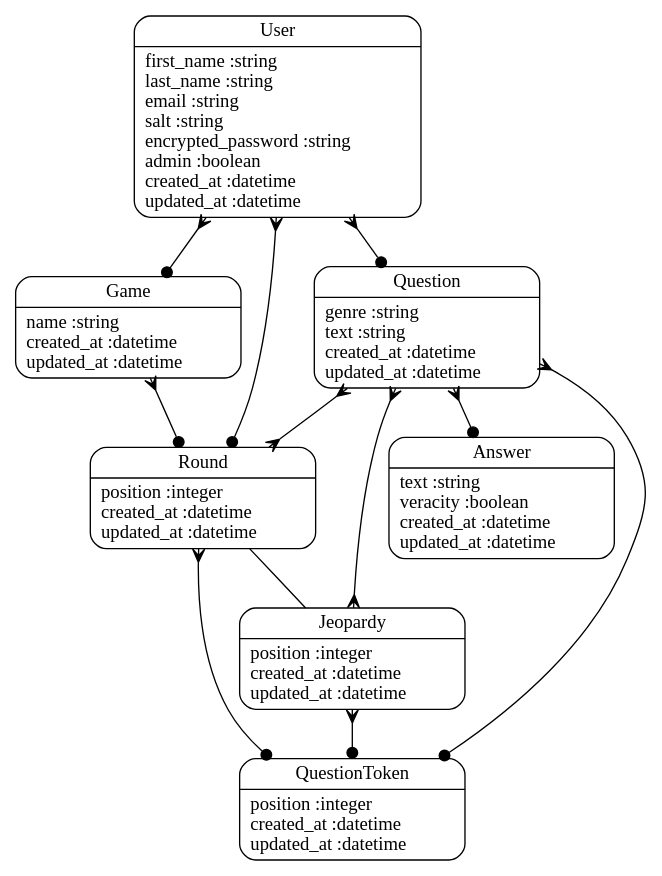
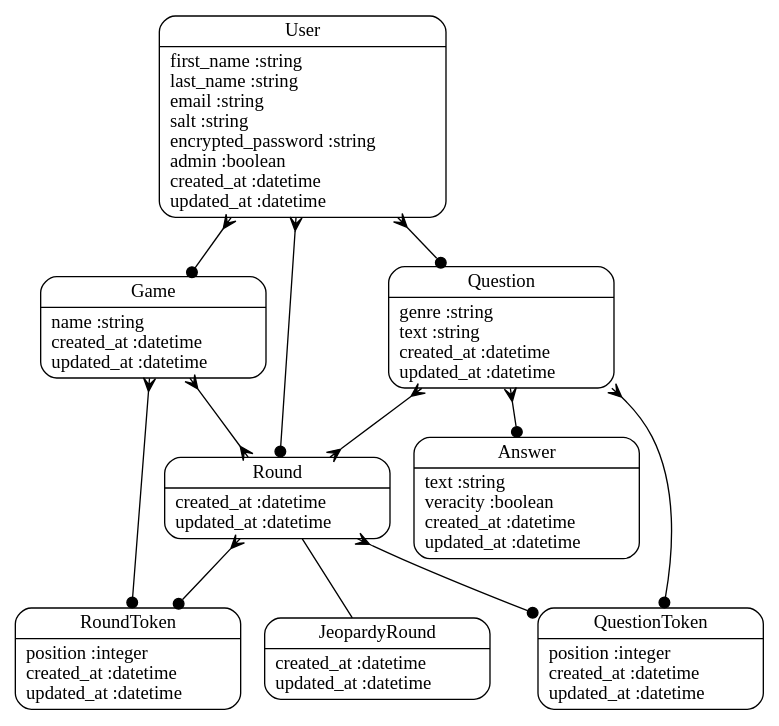
One commit to griswoldbar/Kwisatz changed the diagram in models.dot. Above: the diagram before and after it, drawn with Graphviz. The commit also changed 11 other files, not shown here.

```diff
--- a/models.dot
+++ b/models.dot
@@ -1,21 +1,22 @@
 digraph models_diagram {
 	graph[overlap=false, splines=true]
 	"Answer" [shape=Mrecord, label="{Answer|text :string\lveracity :boolean\lcreated_at :datetime\lupdated_at :datetime\l}"]
 	"Game" [shape=Mrecord, label="{Game|name :string\lcreated_at :datetime\lupdated_at :datetime\l}"]
-	"Jeopardy" [shape=Mrecord, label="{Jeopardy|position :integer\lcreated_at :datetime\lupdated_at :datetime\l}"]
+	"JeopardyRound" [shape=Mrecord, label="{JeopardyRound|created_at :datetime\lupdated_at :datetime\l}"]
 	"Question" [shape=Mrecord, label="{Question|genre :string\ltext :string\lcreated_at :datetime\lupdated_at :datetime\l}"]
 	"QuestionToken" [shape=Mrecord, label="{QuestionToken|position :integer\lcreated_at :datetime\lupdated_at :datetime\l}"]
-	"Round" [shape=Mrecord, label="{Round|position :integer\lcreated_at :datetime\lupdated_at :datetime\l}"]
+	"Round" [shape=Mrecord, label="{Round|created_at :datetime\lupdated_at :datetime\l}"]
+	"RoundToken" [shape=Mrecord, label="{RoundToken|position :integer\lcreated_at :datetime\lupdated_at :datetime\l}"]
 	"User" [shape=Mrecord, label="{User|first_name :string\llast_name :string\lemail :string\lsalt :string\lencrypted_password :string\ladmin :boolean\lcreated_at :datetime\lupdated_at :datetime\l}"]
-	"Game" -> "Round" [arrowtail=crow, arrowhead=dot, dir=both]
-	"Jeopardy" -> "QuestionToken" [arrowtail=crow, arrowhead=dot, dir=both]
-	"Jeopardy" -> "Question" [arrowtail=crow, arrowhead=crow, dir=both]
-	"Round" -> "Jeopardy" [label="", arrowhead="none", arrowtail="onormal"]
+	"Game" -> "RoundToken" [arrowtail=crow, arrowhead=dot, dir=both]
+	"Game" -> "Round" [arrowtail=crow, arrowhead=crow, dir=both]
+	"Round" -> "JeopardyRound" [label="", arrowhead="none", arrowtail="onormal"]
 	"Question" -> "Answer" [arrowtail=crow, arrowhead=dot, dir=both]
 	"Question" -> "QuestionToken" [arrowtail=crow, arrowhead=dot, dir=both]
 	"Question" -> "Round" [arrowtail=crow, arrowhead=crow, dir=both]
 	"Round" -> "QuestionToken" [arrowtail=crow, arrowhead=dot, dir=both]
+	"Round" -> "RoundToken" [arrowtail=crow, arrowhead=dot, dir=both]
 	"User" -> "Game" [arrowtail=crow, arrowhead=dot, dir=both]
 	"User" -> "Round" [arrowtail=crow, arrowhead=dot, dir=both]
 	"User" -> "Question" [arrowtail=crow, arrowhead=dot, dir=both]
 }
```
